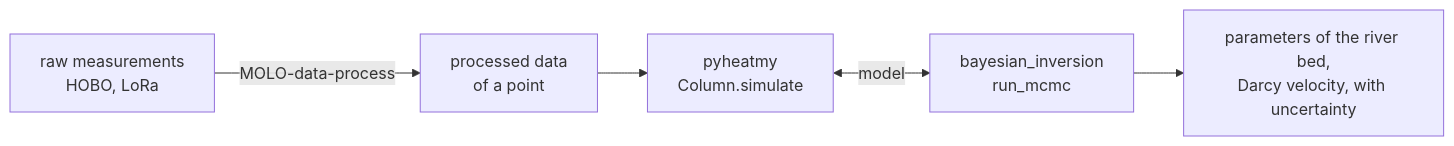
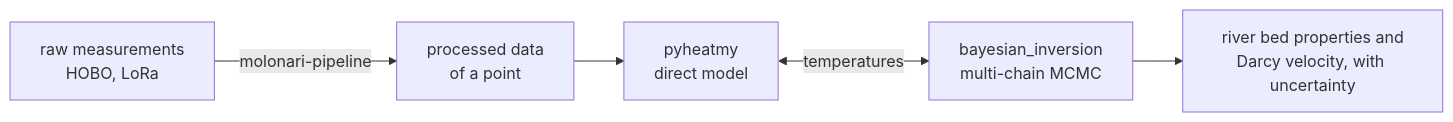
The diagram in README.md (flipoyo/MOLONARI-computo), drawn with Mermaid before and after one commit. The commit also changed other lines of this file and 1 other file, not shown here.

````diff
--- a/README.md
+++ b/README.md
@@ -30,7 +16,7 @@
 ```mermaid
 flowchart LR
-    RAW["raw measurements<br/>HOBO, LoRa"] -->|MOLO-data-process| PROC["processed data<br/>of a point"]
-    PROC --> COL["pyheatmy<br/>Column.simulate"]
-    COL <-->|"model"| MCMC["bayesian_inversion<br/>run_mcmc"]
-    MCMC --> POST["parameters of the river bed,<br/>Darcy velocity, with uncertainty"]
+    RAW["raw measurements<br/>HOBO, LoRa"] -->|molonari-pipeline| PROC["processed data<br/>of a point"]
+    PROC --> COL["pyheatmy<br/>direct model"]
+    COL <-->|"temperatures"| MCMC["bayesian_inversion<br/>multi-chain MCMC"]
+    MCMC --> POST["river bed properties and<br/>Darcy velocity, with uncertainty"]
 ```
````
